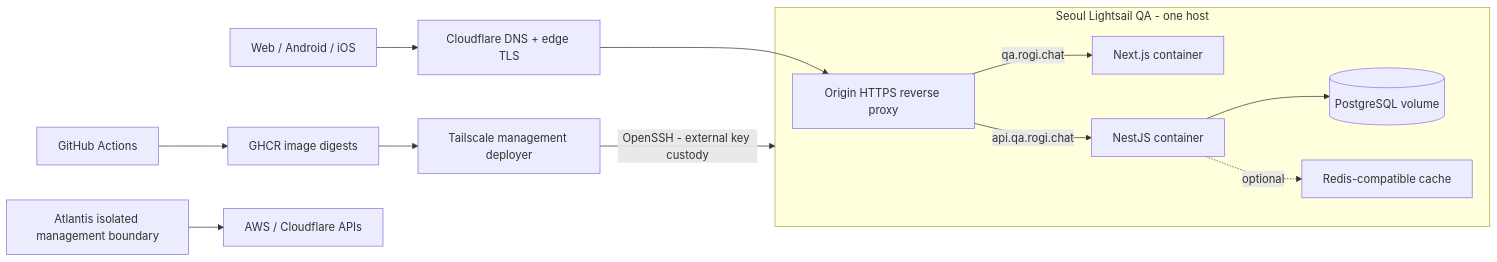
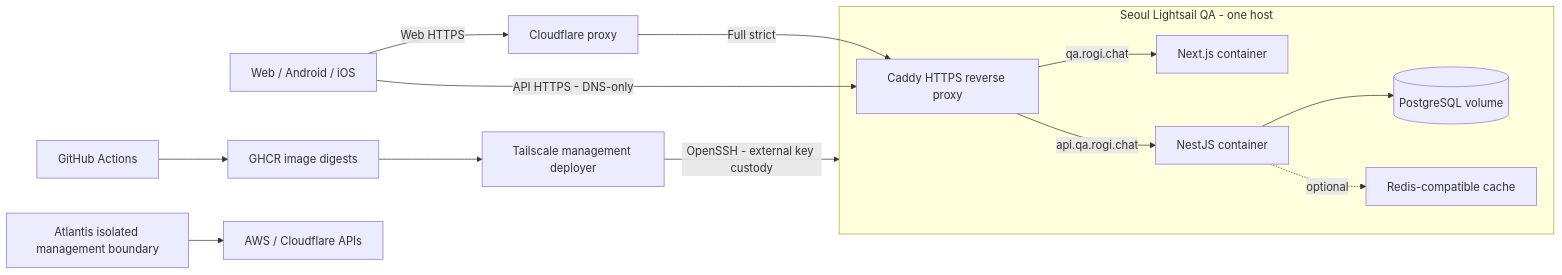
The diagram in docs/architecture.md (h66rogi/rogichat), drawn with Mermaid before and after one commit. The commit also changed other lines of this file and 6 other files, not shown here.

Commit message:
docs: refine private ops isolation and QA origin TLS design

````diff
--- a/docs/architecture.md
+++ b/docs/architecture.md
@@ -45,15 +45,16 @@
 ```mermaid
 flowchart LR
-  C[Web / Android / iOS] --> CF[Cloudflare DNS + edge TLS]
-  CF --> TLS[Origin HTTPS reverse proxy]
+  C[Web / Android / iOS] -->|Web HTTPS| CF[Cloudflare proxy]
+  CF -->|Full strict| TLS[Caddy HTTPS reverse proxy]
+  C -->|API HTTPS - DNS-only| TLS
   subgraph LS[Seoul Lightsail QA - one host]
     TLS -->|qa.rogi.chat| WEB[Next.js container]
     TLS -->|api.qa.rogi.chat| API[NestJS container]
     API --> PG[(PostgreSQL volume)]
     API -. optional .-> CACHE[Redis-compatible cache]
   end
   CI[GitHub Actions] --> GHCR[GHCR image digests]
   GHCR --> DEPLOY[Tailscale management deployer]
   DEPLOY -->|OpenSSH - external key custody| LS
   TF[Atlantis isolated management boundary] --> AWS[AWS / Cloudflare APIs]
 ```
````
